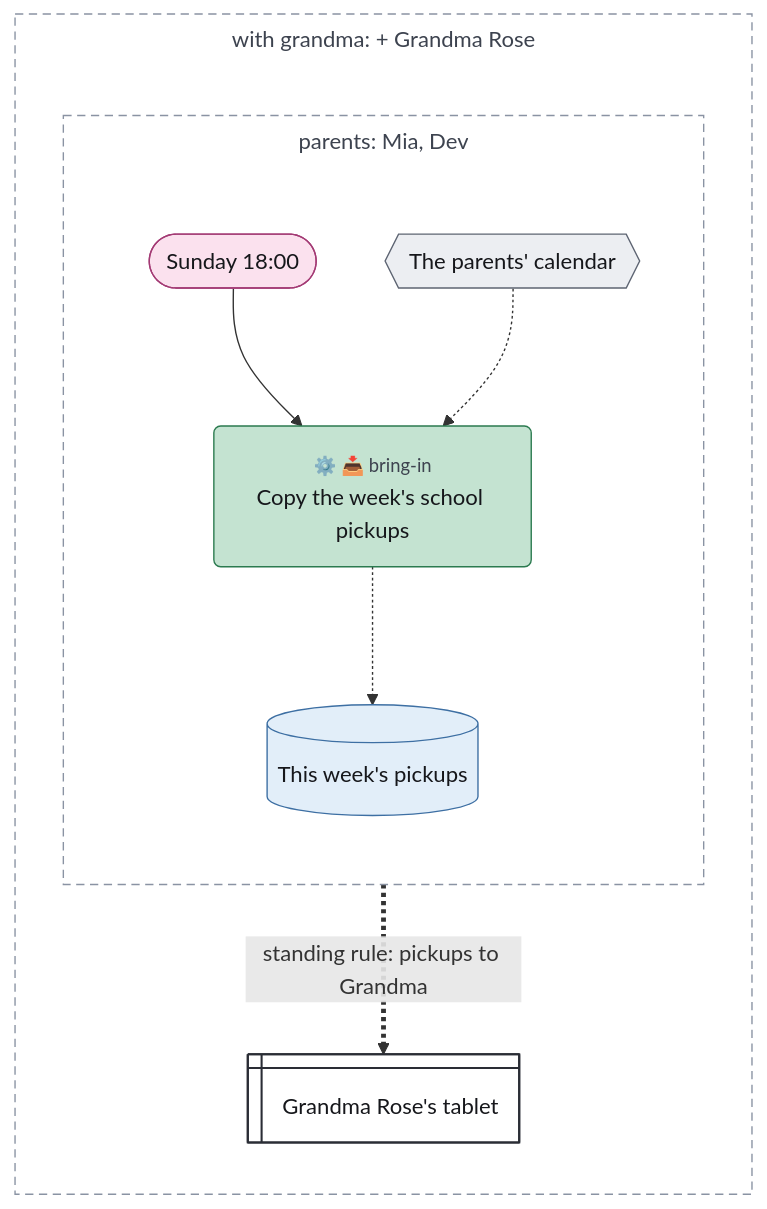
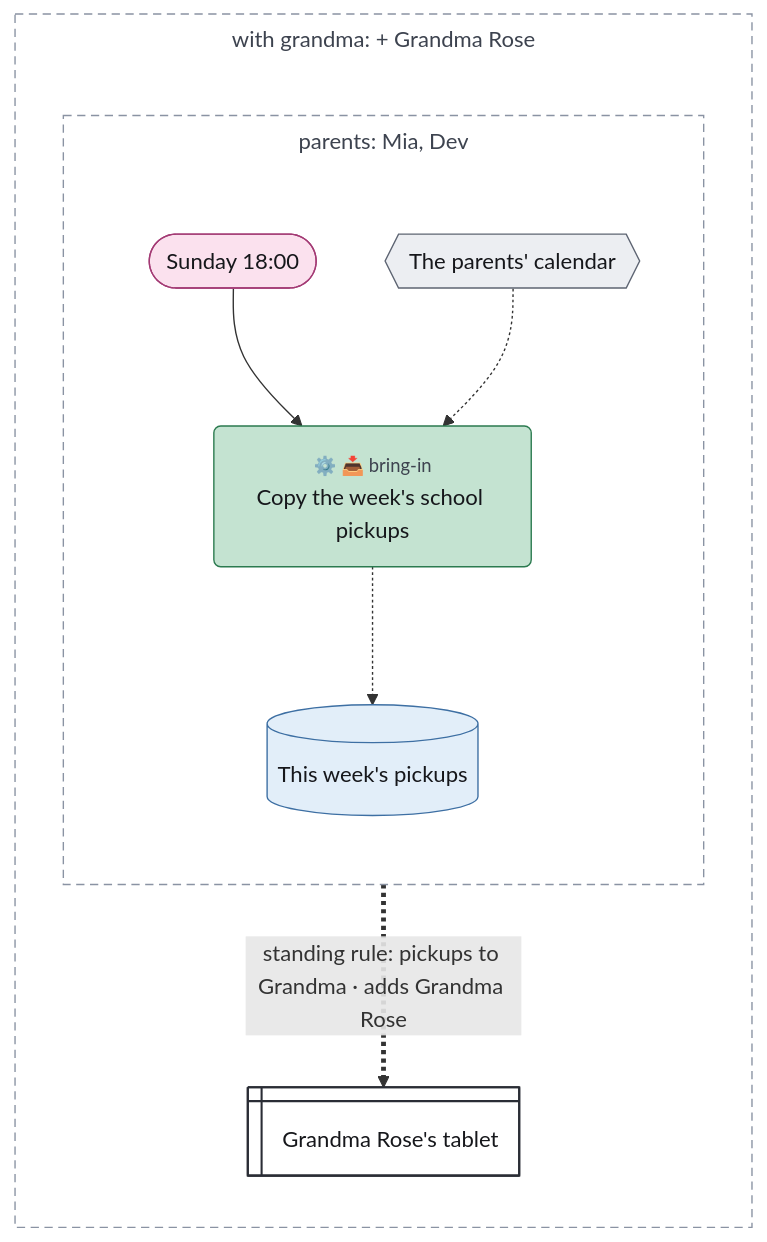
Before and after one commit to chrismdp/awml: the diagram in examples/tour/04-publishing.mmd, drawn with Mermaid. The commit also changed 50 other files, not shown here.

```diff
--- a/examples/tour/04-publishing.mmd
+++ b/examples/tour/04-publishing.mmd
@@ -1,45 +1,45 @@
 ---
 config:
   theme: default
   fontFamily: Inter, sans-serif
   flowchart:
     useMaxWidth: false
     subGraphTitleMargin:
       top: 6
       bottom: 30
 ---
 flowchart TB
   subgraph wider["with grandma#58; #43; Grandma Rose"]
     direction TB
     tablet@{ shape: win-pane, label: "Grandma Rose#39;s tablet" }
     subgraph parents["parents#58; Mia#44; Dev"]
       direction TB
       sun(["Sunday 18#58;00"])
       calendar{{"The parents#39; calendar"}}
       copy("<small style='color:rgb(61,67,79)'>⚙️ 📥 bring-in</small><br>Copy the week#39;s school pickups")
       pickups[("This week#39;s pickups")]
     end
   end
 
   sun --> copy
   calendar -.-> copy
   copy -.-> pickups
-  pickups ==>|"standing rule#58; pickups to Grandma"| tablet
+  pickups ==>|"standing rule#58; pickups to Grandma · adds Grandma Rose"| tablet
   classDef trig fill:#fbe1ee,stroke:#a33a74,color:#16171b
   classDef ctx fill:#e2eef9,stroke:#3d6fa3,color:#16171b
   classDef con fill:#eceef2,stroke:#5d6472,color:#16171b
   classDef surf fill:#ffffff,stroke:#2a2d35,stroke-width:1.5px,color:#16171b
   classDef out fill:#fde4dc,stroke:#b5532f,color:#16171b
   classDef ai fill:#cdd3fb,stroke:#3b4bb0,color:#16171b
   classDef code fill:#c4e3d1,stroke:#2b7a4f,color:#16171b
   classDef person fill:#f7d79a,stroke:#9a6100,color:#16171b
   classDef uml fill:#16171b,stroke:#16171b,color:#16171b
   classDef gap fill:#ffffff,stroke:#8a93a3,stroke-dasharray:4 3,color:#6b7280
   class sun trig
   class pickups ctx
   class calendar con
   class tablet surf
   class copy code
   style wider fill:transparent,stroke:#8a93a3,stroke-dasharray:6 4,color:#3d434f
   style parents fill:transparent,stroke:#8a93a3,stroke-dasharray:6 4,color:#3d434f
   linkStyle 3 stroke-dasharray:3
```
